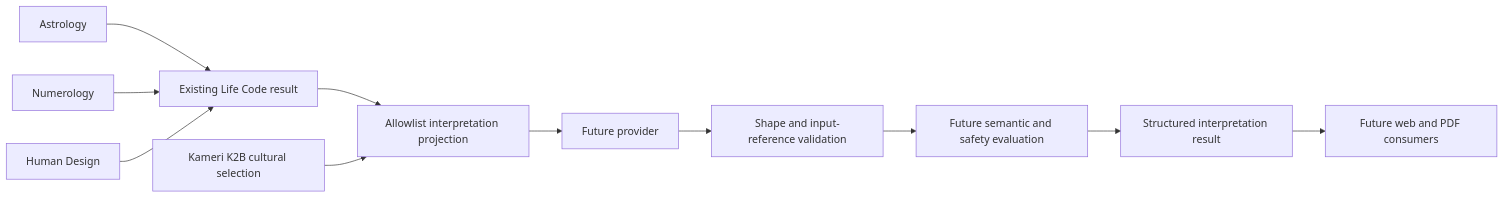
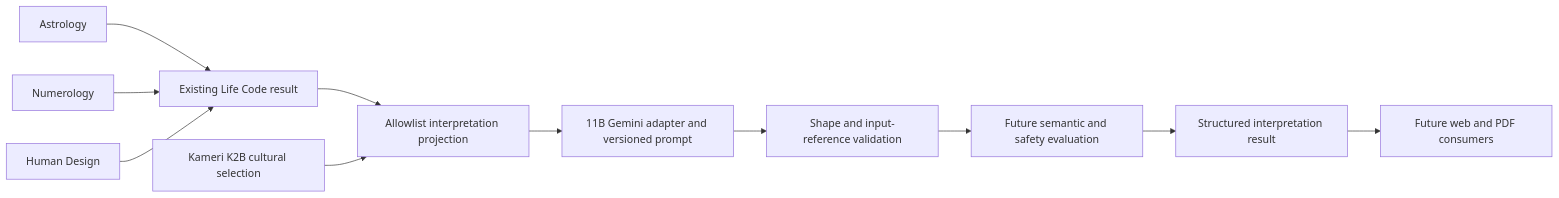
One commit to ismailbuzdan/yasam-kodu changed the diagram in docs/08_AI_INTERPRETATION.md. Above: the diagram before and after it, drawn with Mermaid. The commit also changed other lines of this file and 21 other files, not shown here.

Commit message:
feat: add Gemini interpretation provider

````diff
--- a/docs/08_AI_INTERPRETATION.md
+++ b/docs/08_AI_INTERPRETATION.md
@@ -15,13 +16,13 @@
 ```mermaid
 flowchart LR
   A[Astrology] --> L[Existing Life Code result]
   N[Numerology] --> L
   H[Human Design] --> L
   L --> P[Allowlist interpretation projection]
   K[Kameri K2B cultural selection] --> P
-  P --> V[Future provider]
+  P --> V[11B Gemini adapter and versioned prompt]
   V --> C[Shape and input-reference validation]
   C --> S[Future semantic and safety evaluation]
   S --> R[Structured interpretation result]
   R --> W[Future web and PDF consumers]
 ```
````
